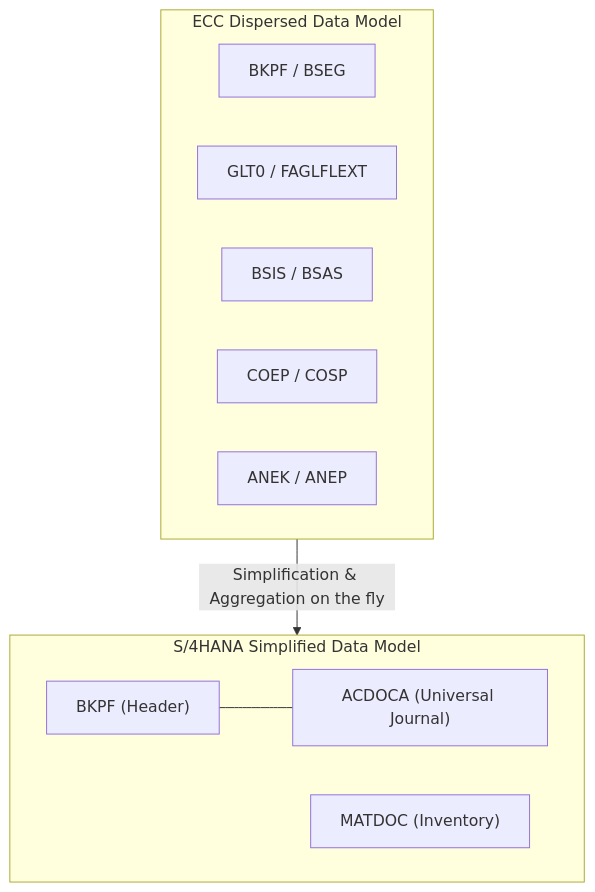
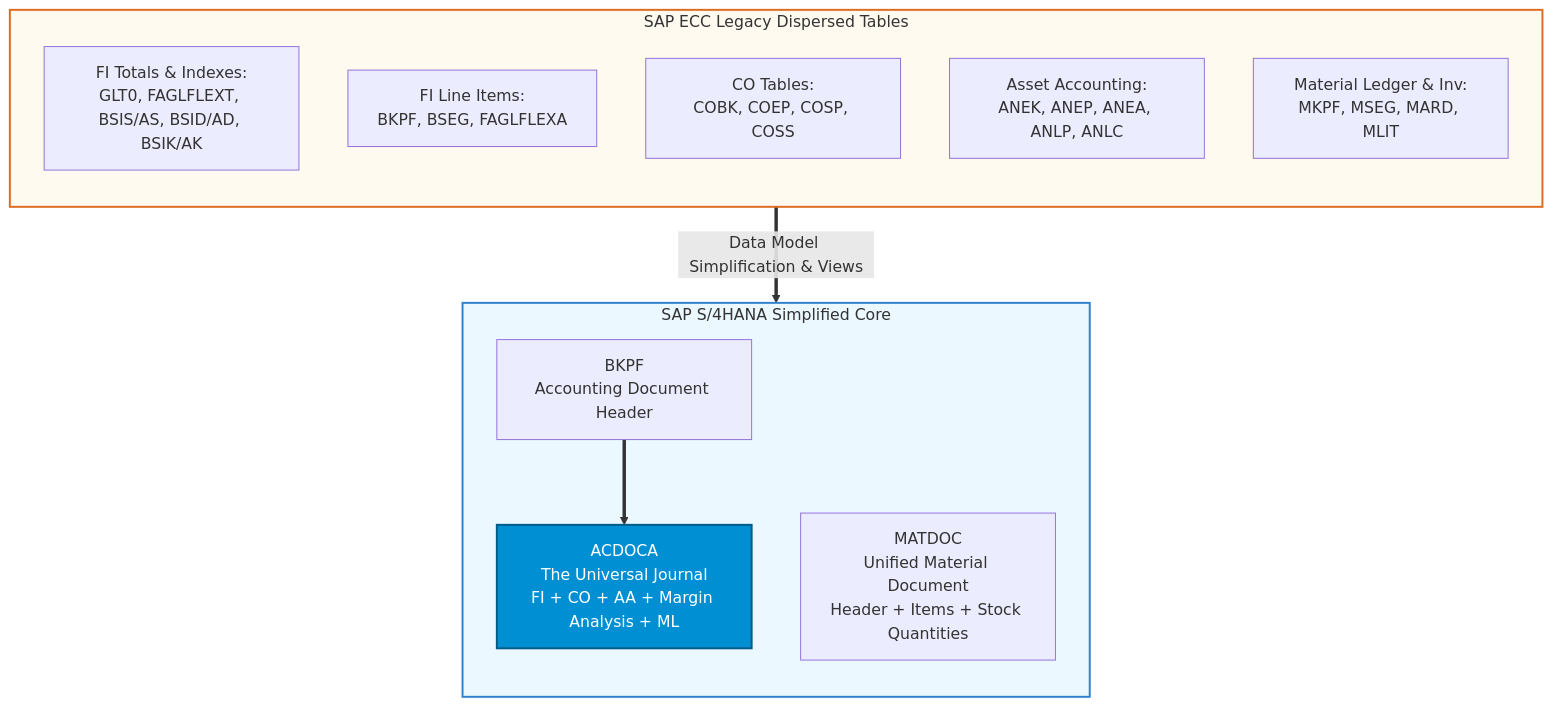
Before and after one commit to islamnassar13/S4HANA-FICO-End2End-Implementation-Hub: the third of 12 diagrams in s4hana-evolution-and-architecture.md, drawn with Mermaid. The commit also changed other lines of this file, not shown here.

````diff
--- a/s4hana-evolution-and-architecture.md
+++ b/s4hana-evolution-and-architecture.md
@@ -119,21 +149,25 @@
 ```mermaid
 flowchart TD
-    subgraph ECC ["ECC Dispersed Data Model"]
-        direction LR
-        BKPF1["BKPF / BSEG"]
-        GLT0["GLT0 / FAGLFLEXT"]
-        BSIS["BSIS / BSAS"]
-        COEP["COEP / COSP"]
-        ANEK["ANEK / ANEP"]
+    subgraph ECC ["SAP ECC Legacy Dispersed Tables"]
+        direction TB
+        FI_T["FI Totals & Indexes:<br>GLT0, FAGLFLEXT, BSIS/AS, BSID/AD, BSIK/AK"]
+        FI_L["FI Line Items:<br>BKPF, BSEG, FAGLFLEXA"]
+        CO_L["CO Tables:<br>COBK, COEP, COSP, COSS"]
+        AA_L["Asset Accounting:<br>ANEK, ANEP, ANEA, ANLP, ANLC"]
+        ML_L["Material Ledger & Inv:<br>MKPF, MSEG, MARD, MLIT"]
     end
 
-    subgraph S4 ["S/4HANA Simplified Data Model"]
-        direction LR
-        BKPF2["BKPF (Header)"]
-        ACDOCA["ACDOCA (Universal Journal)"]
-        MATDOC["MATDOC (Inventory)"]
-        BKPF2 --- ACDOCA
+    subgraph S4 ["SAP S/4HANA Simplified Core"]
+        direction TB
+        BKPF2["BKPF<br>Accounting Document Header"]
+        ACDOCA["ACDOCA<br>The Universal Journal<br>FI + CO + AA + Margin Analysis + ML"]
+        MATDOC["MATDOC<br>Unified Material Document<br>Header + Items + Stock Quantities"]
+        BKPF2 ==> ACDOCA
     end
 
-    ECC -->|Simplification & Aggregation on the fly| S4
+    ECC ==>|"Data Model Simplification & Views"| S4
+
+    style ECC fill:#fffaf0,stroke:#dd6b20,stroke-width:2px
+    style S4 fill:#ebf8ff,stroke:#3182ce,stroke-width:2px
+    style ACDOCA fill:#008FD3,color:#fff,stroke:#005b87,stroke-width:2px
 ```
````
